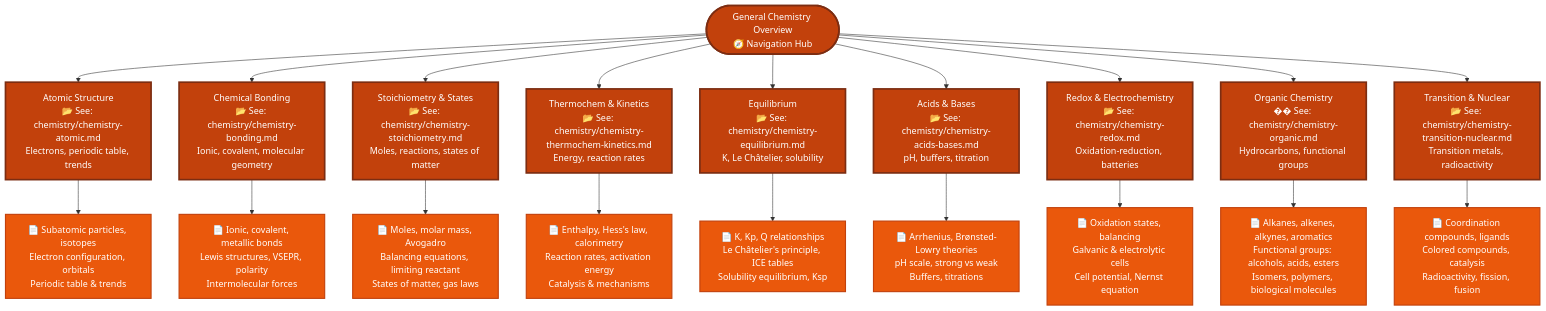
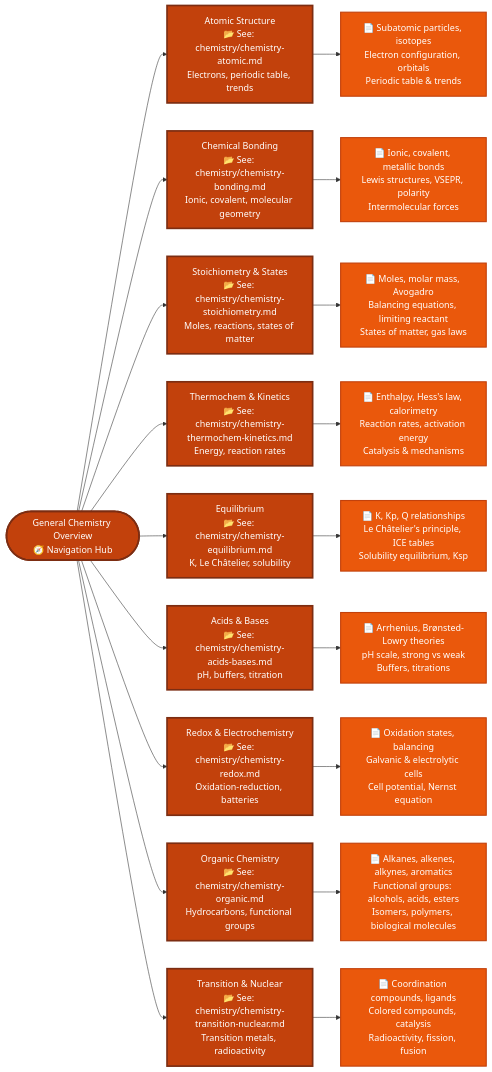
One commit to kimtth/science-companion-mindmap changed the diagram in chemistry.md. Above: the diagram before and after it, drawn with Mermaid. The commit also changed 2 other files, not shown here.

Commit message:
fix: from top-down (TD) to left-right (LR) orientation

````diff
--- a/chemistry.md
+++ b/chemistry.md
@@ -1,36 +1,36 @@
 ```mermaid
-flowchart TD
+flowchart LR
     Start([General Chemistry Overview<br/>🧭 Navigation Hub]):::orange
     Start --> AtomicStruct[Atomic Structure<br/>📂 See: chemistry/chemistry-atomic.md<br/>Electrons, periodic table, trends]:::orange
     Start --> ChemBonding[Chemical Bonding<br/>📂 See: chemistry/chemistry-bonding.md<br/>Ionic, covalent, molecular geometry]:::orange
     Start --> Stoichiometry[Stoichiometry & States<br/>📂 See: chemistry/chemistry-stoichiometry.md<br/>Moles, reactions, states of matter]:::orange
     Start --> ThermoKinetics[Thermochem & Kinetics<br/>📂 See: chemistry/chemistry-thermochem-kinetics.md<br/>Energy, reaction rates]:::orange
     Start --> Equilibrium[Equilibrium<br/>📂 See: chemistry/chemistry-equilibrium.md<br/>K, Le Châtelier, solubility]:::orange
     Start --> AcidsBase[Acids & Bases<br/>📂 See: chemistry/chemistry-acids-bases.md<br/>pH, buffers, titration]:::orange
     Start --> Redox[Redox & Electrochemistry<br/>📂 See: chemistry/chemistry-redox.md<br/>Oxidation-reduction, batteries]:::orange
-    Start --> OrganicChem[Organic Chemistry<br/>�� See: chemistry/chemistry-organic.md<br/>Hydrocarbons, functional groups]:::orange
+    Start --> OrganicChem[Organic Chemistry<br/>📂 See: chemistry/chemistry-organic.md<br/>Hydrocarbons, functional groups]:::orange
     Start --> TransitionNuclear[Transition & Nuclear<br/>📂 See: chemistry/chemistry-transition-nuclear.md<br/>Transition metals, radioactivity]:::orange
     
     AtomicStruct --> AtomicDetails[📄 Subatomic particles, isotopes<br/>Electron configuration, orbitals<br/>Periodic table & trends]:::lightorange
     
     ChemBonding --> BondingDetails[📄 Ionic, covalent, metallic bonds<br/>Lewis structures, VSEPR, polarity<br/>Intermolecular forces]:::lightorange
     
     Stoichiometry --> StoichDetails[📄 Moles, molar mass, Avogadro<br/>Balancing equations, limiting reactant<br/>States of matter, gas laws]:::lightorange
     
     ThermoKinetics --> ThermoDetails[📄 Enthalpy, Hess's law, calorimetry<br/>Reaction rates, activation energy<br/>Catalysis & mechanisms]:::lightorange
     
     Equilibrium --> EquilDetails[📄 K, Kp, Q relationships<br/>Le Châtelier's principle, ICE tables<br/>Solubility equilibrium, Ksp]:::lightorange
     
     AcidsBase --> AcidDetails[📄 Arrhenius, Brønsted-Lowry theories<br/>pH scale, strong vs weak<br/>Buffers, titrations]:::lightorange
     
     Redox --> RedoxDetails[📄 Oxidation states, balancing<br/>Galvanic & electrolytic cells<br/>Cell potential, Nernst equation]:::lightorange
     
     OrganicChem --> OrganicDetails[📄 Alkanes, alkenes, alkynes, aromatics<br/>Functional groups: alcohols, acids, esters<br/>Isomers, polymers, biological molecules]:::lightorange
     
     TransitionNuclear --> TransDetails[📄 Coordination compounds, ligands<br/>Colored compounds, catalysis<br/>Radioactivity, fission, fusion]:::lightorange
     
     classDef orange fill:#c2410c,stroke:#7c2d12,stroke-width:3px,color:#fff
     classDef lightorange fill:#ea580c,stroke:#c2410c,stroke-width:2px,color:#fff
     classDef paleorange fill:#fb923c,stroke:#f97316,stroke-width:2px,color:#000
     classDef peach fill:#fdba74,stroke:#fb923c,stroke-width:1px,color:#000
 ```
````
